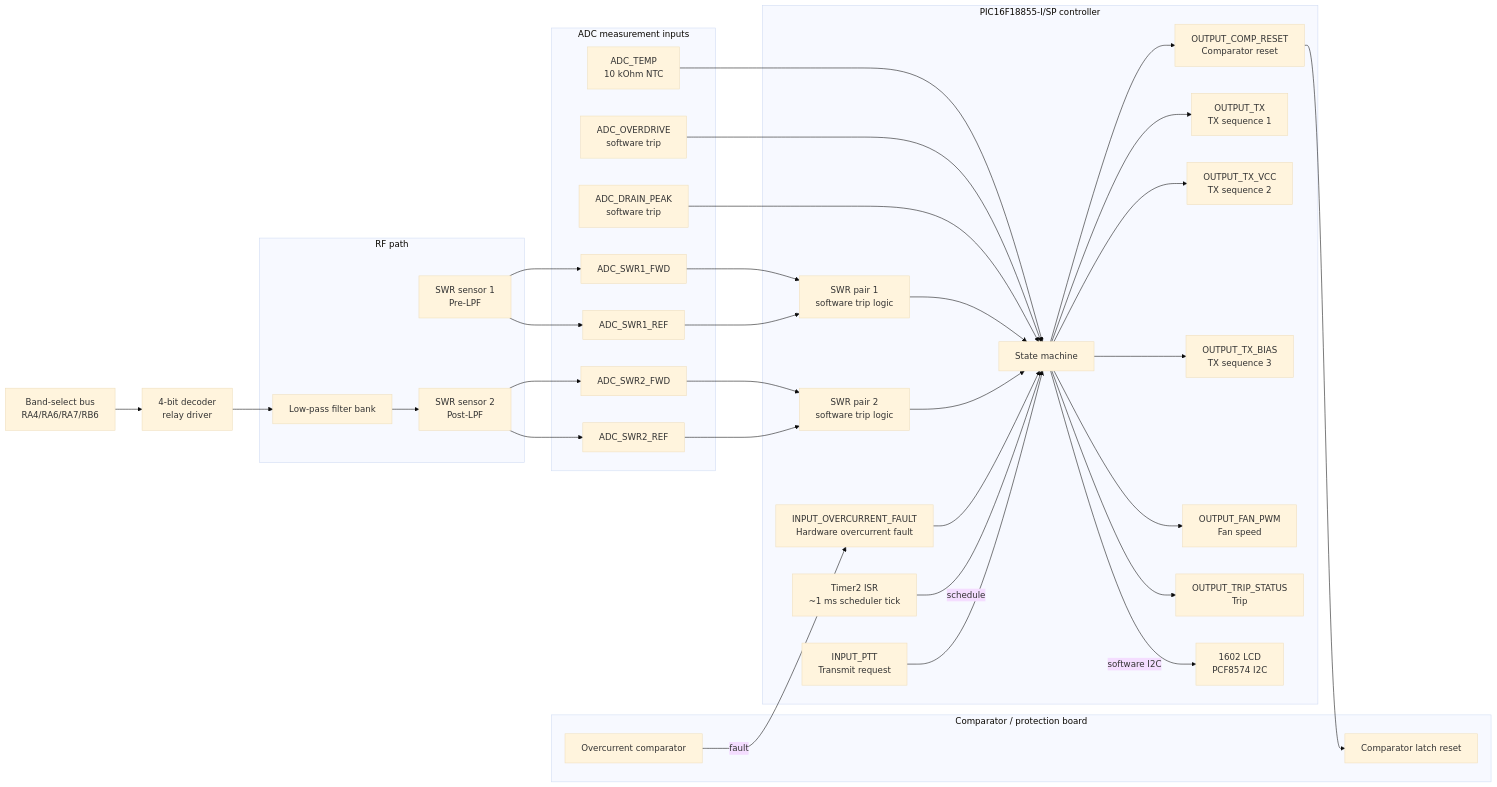
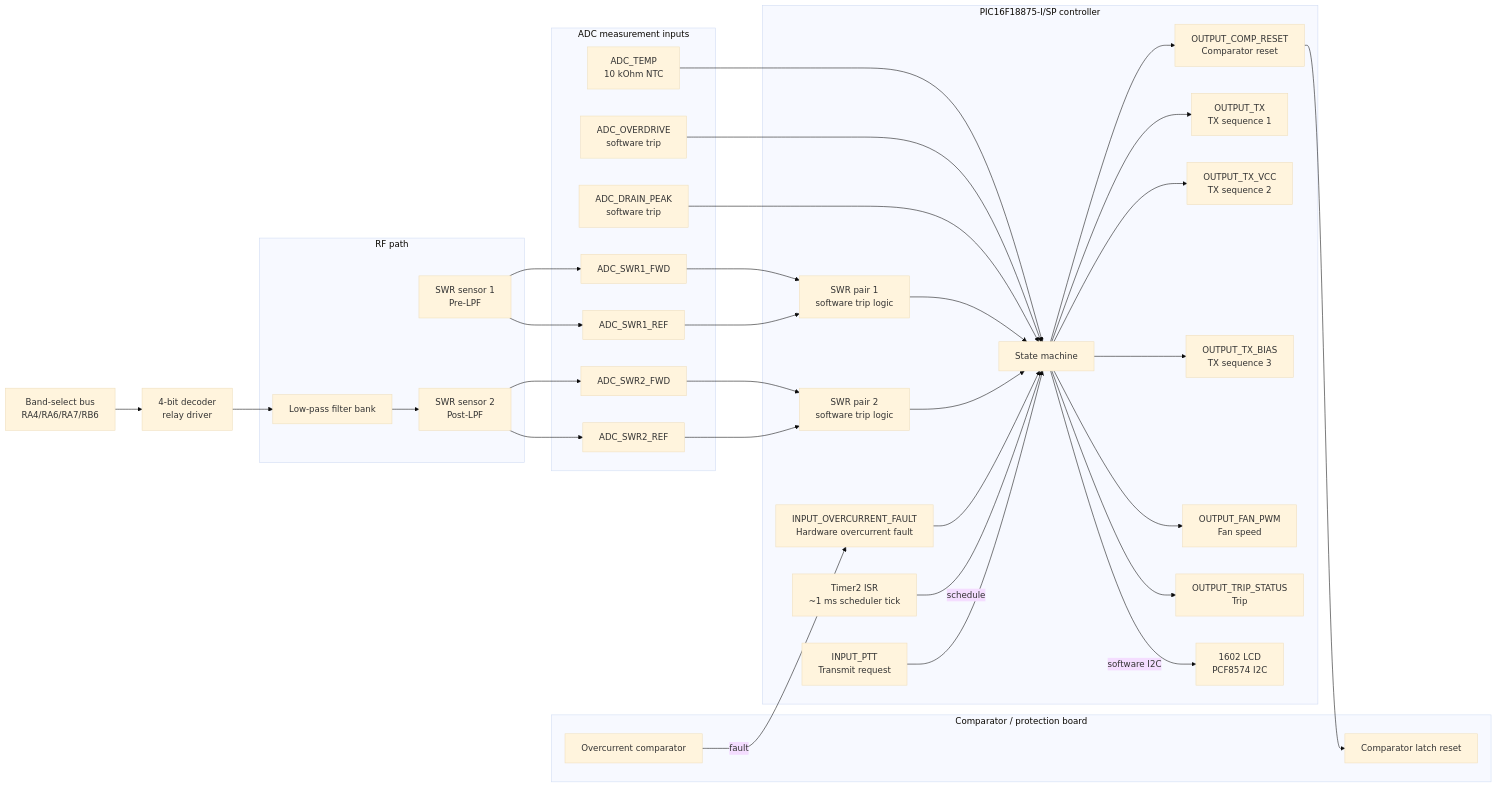
One commit to sjk7/PicAmpControl changed the diagram in README.md. Above: the diagram before and after it, drawn with Mermaid (base theme). The commit also changed other lines of this file and 26 other files, not shown here.

First line of the commit message:
Upgrade MCU from PIC16F18855 to PIC16F18875: 16KB memory, 40-pin PDIP, 19 new GPIO pins

````diff
--- a/README.md
+++ b/README.md
@@ -56,70 +56,70 @@
 ```mermaid
 flowchart LR
     subgraph RF["RF path"]
         PRE["SWR sensor 1\nPre-LPF"]
         FILTER["Low-pass filter bank"]
         POST["SWR sensor 2\nPost-LPF"]
     end
 
     subgraph ADC["ADC measurement inputs"]
         PRE_FWD["ADC_SWR1_FWD"]
         PRE_REF["ADC_SWR1_REF"]
         POST_FWD["ADC_SWR2_FWD"]
         POST_REF["ADC_SWR2_REF"]
         TEMP["ADC_TEMP\n10 kOhm NTC"]
         OVERDRIVE["ADC_OVERDRIVE\nsoftware trip"]
         DRAIN_ADC["ADC_DRAIN_PEAK\nsoftware trip"]
     end
 
     subgraph ComparatorBoard["Comparator / protection board"]
         OC["Overcurrent comparator"]
         COMP_RESET["Comparator latch reset"]
     end
 
-    subgraph MCU["PIC16F18855-I/SP controller"]
+    subgraph MCU["PIC16F18875-I/SP controller"]
         PTT["INPUT_PTT\nTransmit request"]
         RESET["OUTPUT_COMP_RESET\nComparator reset"]
         HARD["INPUT_OVERCURRENT_FAULT\nHardware overcurrent fault"]
         TICK["Timer2 ISR\n~1 ms scheduler tick"]
         STATE["State machine"]
         SWR1["SWR pair 1\nsoftware trip logic"]
         SWR2["SWR pair 2\nsoftware trip logic"]
         TX["OUTPUT_TX\nTX sequence 1"]
         TXVCC["OUTPUT_TX_VCC\nTX sequence 2"]
         TXBIAS["OUTPUT_TX_BIAS\nTX sequence 3"]
         FAN["OUTPUT_FAN_PWM\nFan speed"]
         TRIP["OUTPUT_TRIP_STATUS\nTrip"]
         LCD["1602 LCD\nPCF8574 I2C"]
     end
 
     PRE --> PRE_FWD
     PRE --> PRE_REF
     FILTER --> POST
     POST --> POST_FWD
     POST --> POST_REF
     BANDSEL["Band-select bus\nRA4/RA6/RA7/RB6"] --> DECODER["4-bit decoder\nrelay driver"] --> FILTER
 
     PRE_FWD --> SWR1
     PRE_REF --> SWR1
     POST_FWD --> SWR2
     POST_REF --> SWR2
     TEMP --> STATE
     OVERDRIVE --> STATE
     DRAIN_ADC --> STATE
 
     SWR1 --> STATE
     SWR2 --> STATE
     OC -->|fault| HARD
     HARD --> STATE
     TICK -->|schedule| STATE
 
     PTT --> STATE
     STATE --> RESET
     RESET --> COMP_RESET
     STATE --> TX
     STATE --> TXVCC
     STATE --> TXBIAS
     STATE --> FAN
     STATE --> TRIP
     STATE -->|software I2C| LCD
 ```
````
